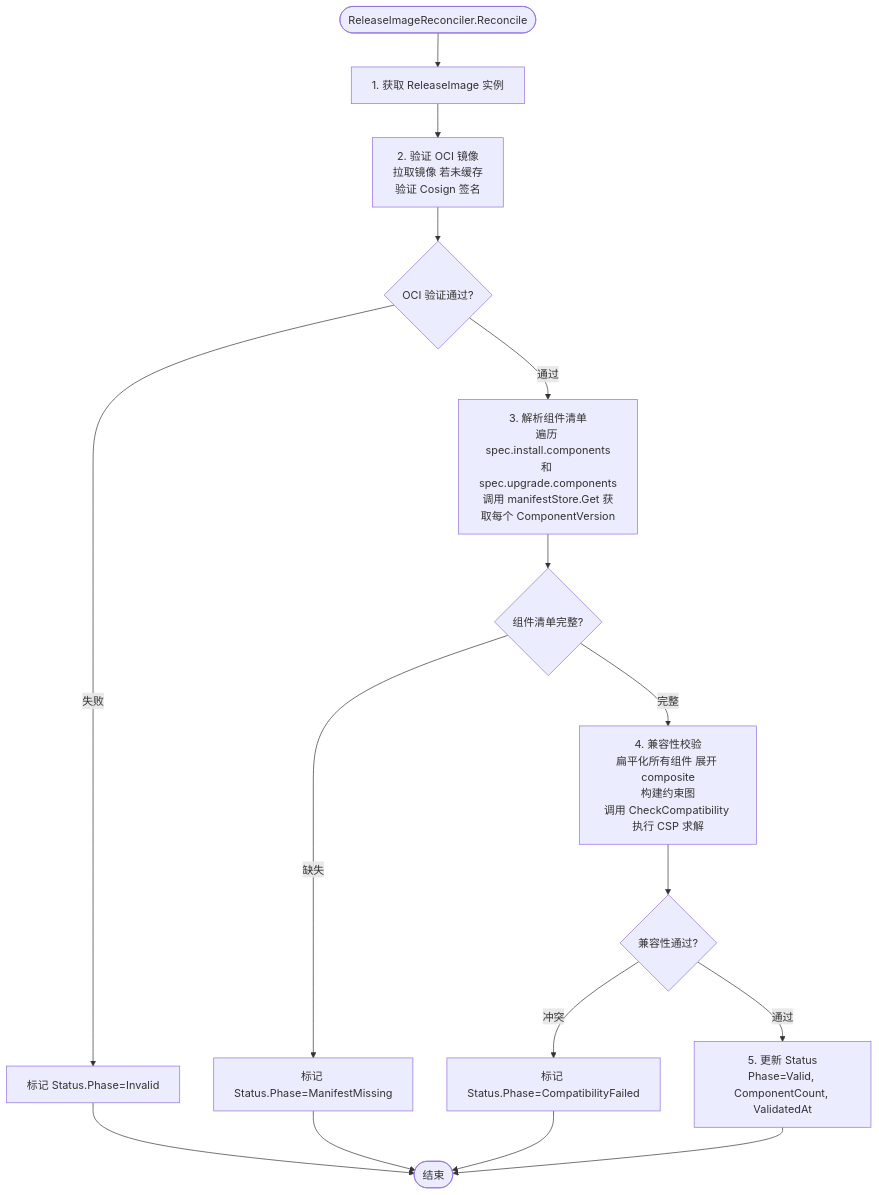
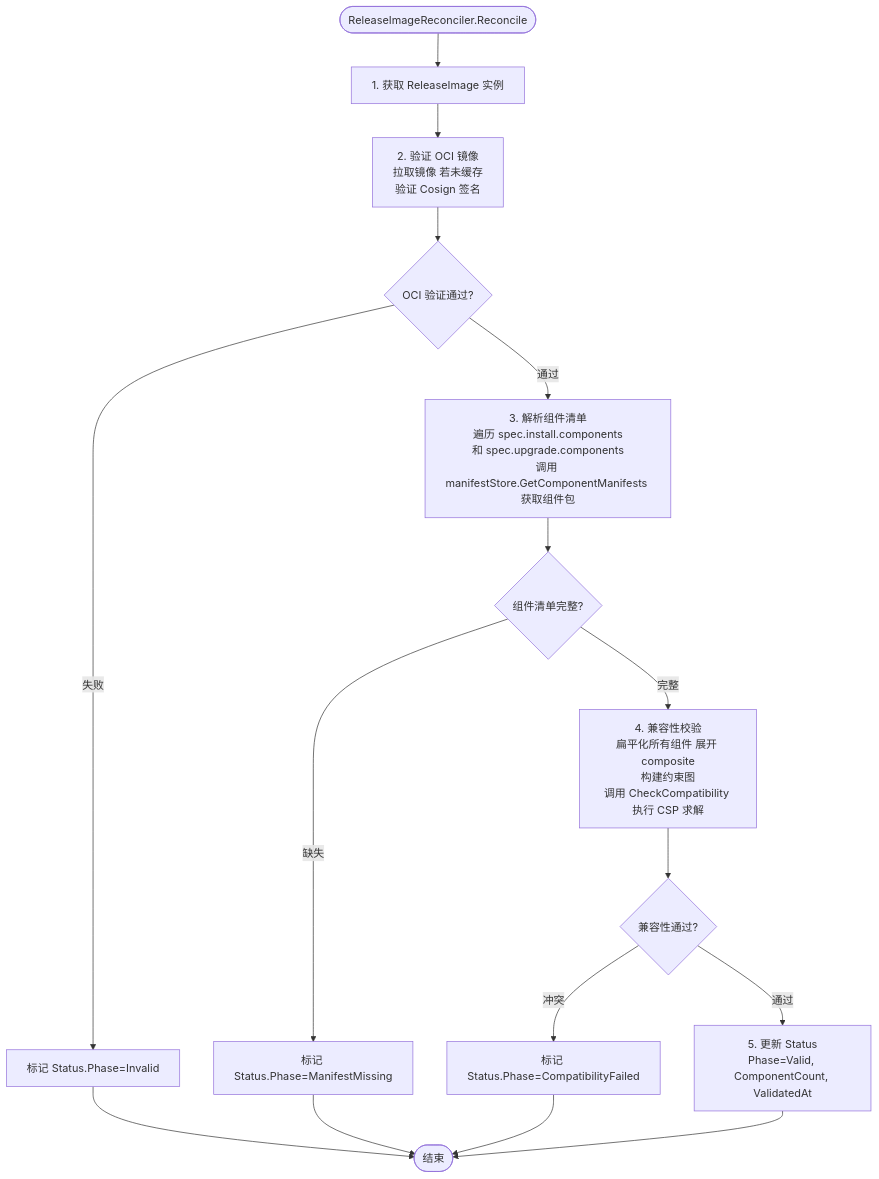
Before and after one commit to javadoors/cluster-api-provider-bke: the eighth of 14 diagrams in code/kep/kep5/kep5-1.md, drawn with Mermaid. The commit also changed other lines of this file and 2 other files, not shown here.

````diff
--- a/code/kep/kep5/kep5-1.md
+++ b/code/kep/kep5/kep5-1.md
@@ -1722,22 +1723,22 @@
 ```mermaid
 flowchart TD
     Start([ReleaseImageReconciler.Reconcile]) --> Step1["1. 获取 ReleaseImage 实例"]
     Step1 --> Step2["2. 验证 OCI 镜像<br/>拉取镜像 若未缓存<br/>验证 Cosign 签名"]
     Step2 --> OciValid{"OCI 验证通过?"}
     OciValid -->|"失败"| MarkInvalid["标记 Status.Phase=Invalid"]
     OciValid -->|"通过"| Step3
     
-    Step3["3. 解析组件清单<br/>遍历 spec.install.components<br/>和 spec.upgrade.components<br/>调用 manifestStore.Get 获取每个 ComponentVersion"] --> ManifestCheck{"组件清单完整?"}
+    Step3["3. 解析组件清单<br/>遍历 spec.install.components<br/>和 spec.upgrade.components<br/>调用 manifestStore.GetComponentManifests 获取组件包"] --> ManifestCheck{"组件清单完整?"}
     ManifestCheck -->|"缺失"| MarkMissing["标记 Status.Phase=ManifestMissing"]
     ManifestCheck -->|"完整"| Step4
     
     Step4["4. 兼容性校验<br/>扁平化所有组件 展开 composite<br/>构建约束图<br/>调用 CheckCompatibility 执行 CSP 求解"] --> CompatCheck{"兼容性通过?"}
     CompatCheck -->|"冲突"| MarkCompatFailed["标记 Status.Phase=CompatibilityFailed"]
     CompatCheck -->|"通过"| Step5
     
     Step5["5. 更新 Status<br/>Phase=Valid, ComponentCount, ValidatedAt"] --> End([结束])
     
     MarkInvalid --> End
     MarkMissing --> End
     MarkCompatFailed --> End
 ```
````
